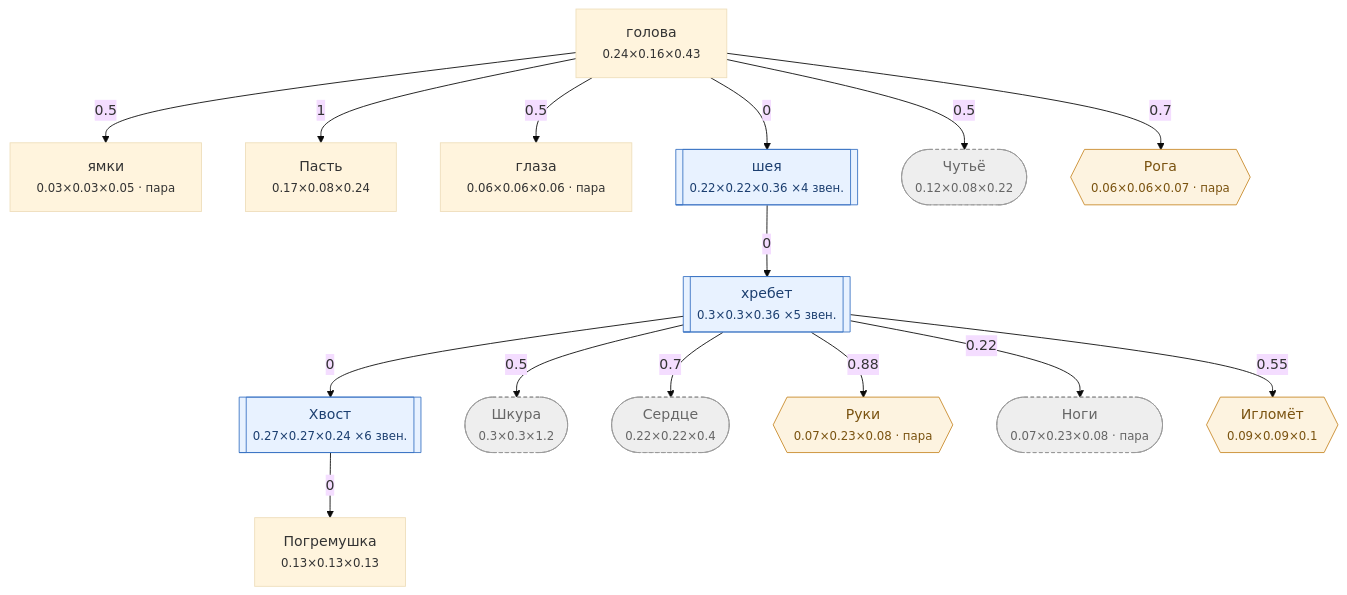
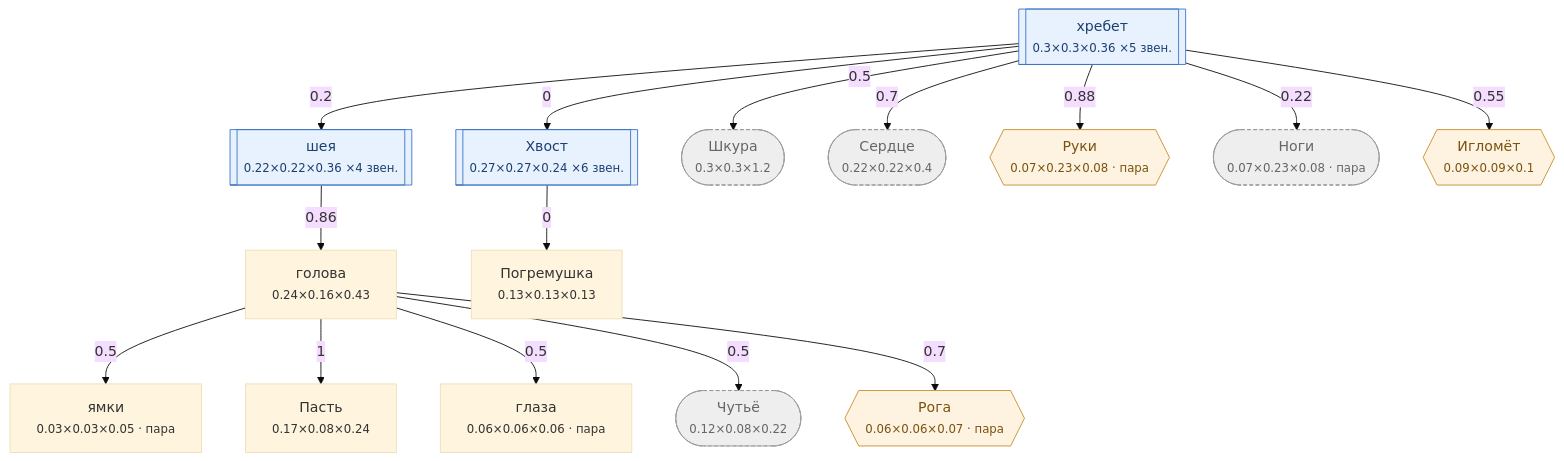
Before and after one commit to darklordshish/ChimeraEvolution-2026-06-26_15-29-59: the diagram in Docs/Диаграммы/Змея.md, drawn with Mermaid (base theme). The commit also changed other lines of this file and 5 other files, not shown here.

````diff
--- a/Docs/Диаграммы/Змея.md
+++ b/Docs/Диаграммы/Змея.md
@@ -51,40 +51,40 @@
 ```mermaid
 flowchart TD
     n0["ямки<br/><small>0.03×0.03×0.05 · пара</small>"]
     n1["голова<br/><small>0.24×0.16×0.43</small>"]
     n2["Пасть<br/><small>0.17×0.08×0.24</small>"]
     n3["глаза<br/><small>0.06×0.06×0.06 · пара</small>"]
     n4[["шея<br/><small>0.22×0.22×0.36 ×4 звен.</small>"]]
     n5[["хребет<br/><small>0.3×0.3×0.36 ×5 звен.</small>"]]
     n6[["Хвост<br/><small>0.27×0.27×0.24 ×6 звен.</small>"]]
     n7["Погремушка<br/><small>0.13×0.13×0.13</small>"]
     n8(["Шкура<br/><small>0.3×0.3×1.2</small>"])
     n9(["Сердце<br/><small>0.22×0.22×0.4</small>"])
     n10(["Чутьё<br/><small>0.12×0.08×0.22</small>"])
     n11{{"Руки<br/><small>0.07×0.23×0.08 · пара</small>"}}
     n12(["Ноги<br/><small>0.07×0.23×0.08 · пара</small>"])
     n13{{"Рога<br/><small>0.06×0.06×0.07 · пара</small>"}}
     n14{{"Игломёт<br/><small>0.09×0.09×0.1</small>"}}
 
     n1 -->|0.5| n0
+    n4 -->|0.86| n1
     n1 -->|1| n2
     n1 -->|0.5| n3
-    n1 -->|0| n4
-    n4 -->|0| n5
+    n5 -->|0.2| n4
     n5 -->|0| n6
     n6 -->|0| n7
     n5 -->|0.5| n8
     n5 -->|0.7| n9
     n1 -->|0.5| n10
     n5 -->|0.88| n11
     n5 -->|0.22| n12
     n1 -->|0.7| n13
     n5 -->|0.55| n14
 
     classDef hid fill:#eee,stroke:#999,stroke-dasharray:4 3,color:#666
     classDef gr fill:#fdf3e0,stroke:#c98a2b,color:#7a5310
     classDef ch fill:#e8f2ff,stroke:#3b74c4,color:#1c3f70
     class n8,n9,n10,n12 hid
     class n11,n13,n14 gr
     class n4,n5,n6 ch
 ```
````
